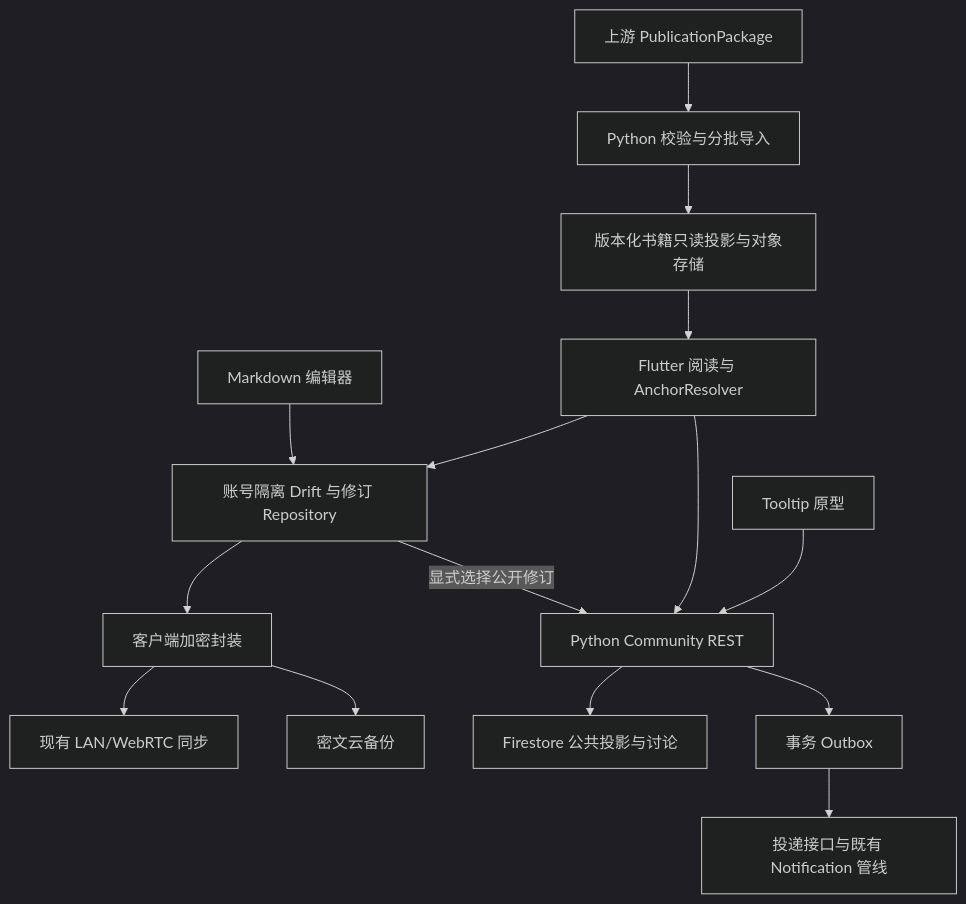
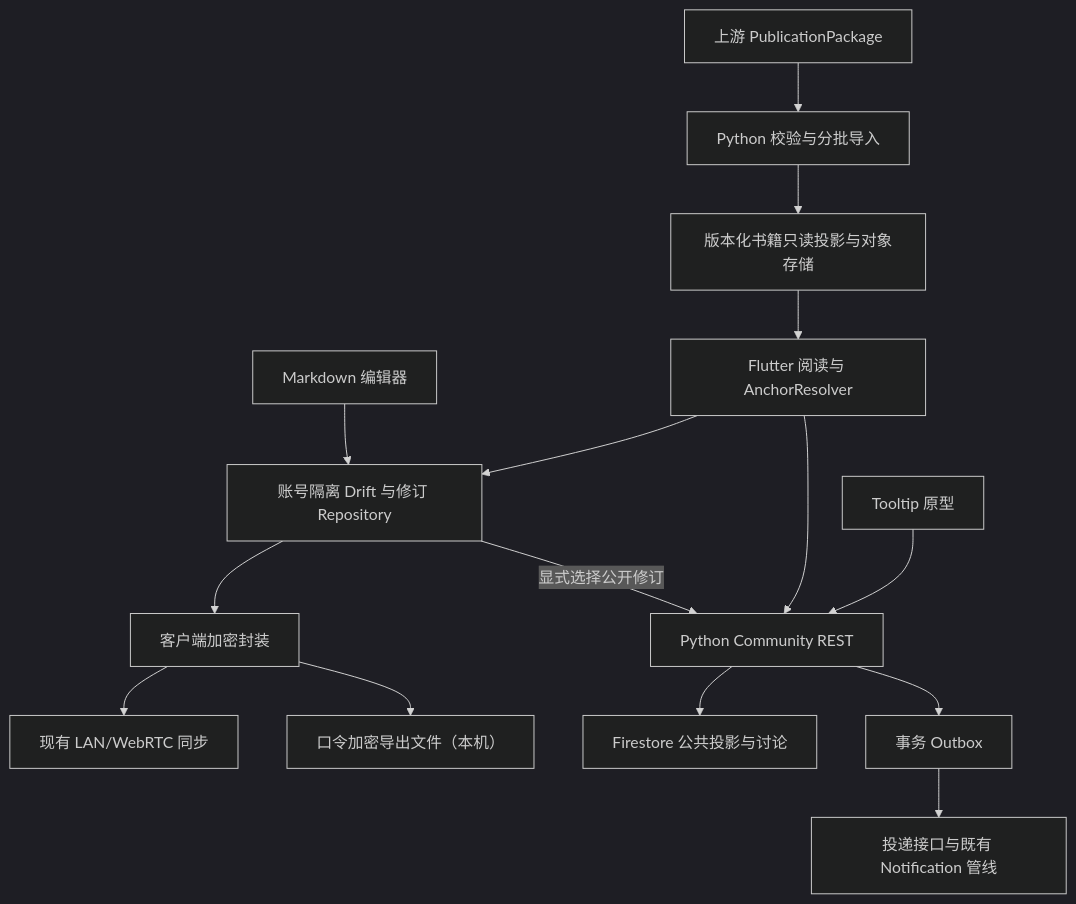
One commit to weijingtai/learn_system_dataset changed the diagram in openspec/annotation-community/DESIGN.md. Above: the diagram before and after it, drawn with Mermaid (dark theme). The commit also changed other lines of this file and 14 other files, not shown here.

````diff
--- a/openspec/annotation-community/DESIGN.md
+++ b/openspec/annotation-community/DESIGN.md
@@ -8,17 +8,17 @@
 ```mermaid
 flowchart TD
   U[上游 PublicationPackage] --> I[Python 校验与分批导入]
   I --> B[版本化书籍只读投影与对象存储]
   B --> R[Flutter 阅读与 AnchorResolver]
   N[Markdown 编辑器] --> L[账号隔离 Drift 与修订 Repository]
   R --> L
   L --> E[客户端加密封装]
   E --> P[现有 LAN/WebRTC 同步]
-  E --> C[密文云备份]
+  E --> C[口令加密导出文件（本机）]
   L -->|显式选择公开修订| A[Python Community REST]
   R --> A
   T[Tooltip 原型] --> A
   A --> D[Firestore 公共投影与讨论]
   A --> O[事务 Outbox]
   O --> V[投递接口与既有 Notification 管线]
 ```
````
